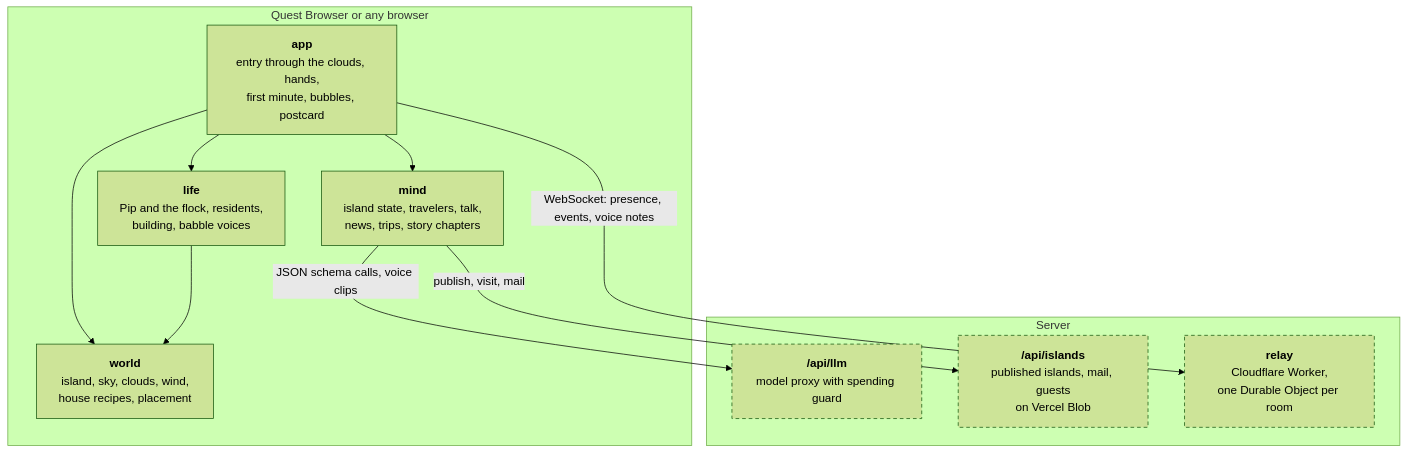
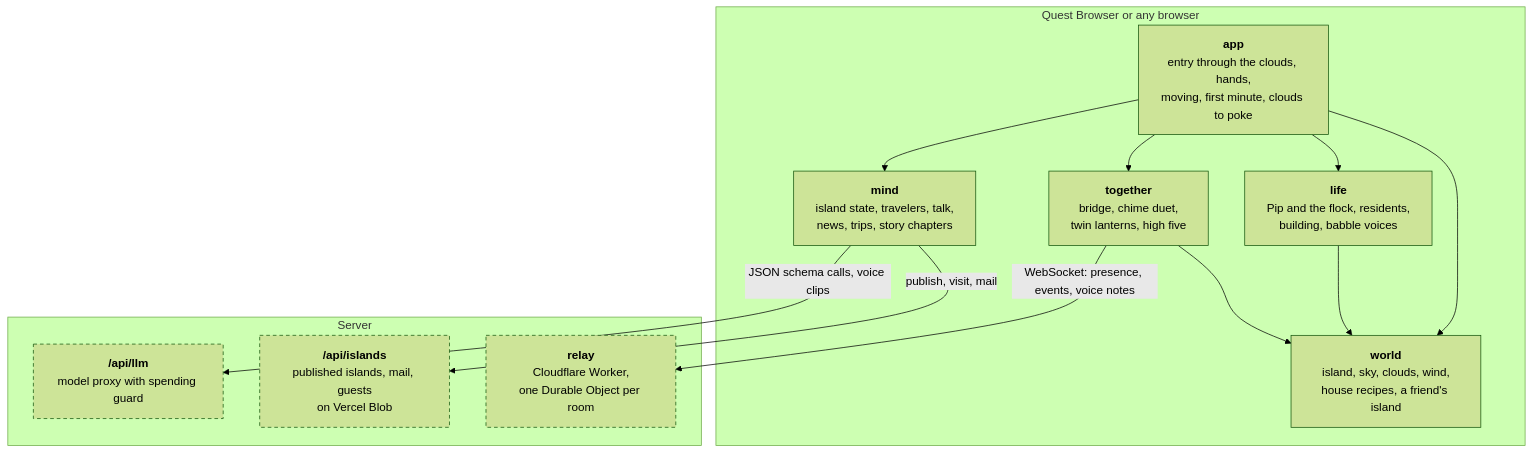
One commit to DarinaX2005X/wayfolk changed the diagram in README.md. Above: the diagram before and after it, drawn with Mermaid (forest theme). The commit also changed other lines of this file and 18 other files, not shown here.

````diff
--- a/README.md
+++ b/README.md
@@ -143,23 +172,26 @@
 ```mermaid
 flowchart TB
   subgraph Browser["Quest Browser or any browser"]
-    APP["<b>app</b><br/>entry through the clouds, hands,<br/>first minute, bubbles, postcard"]
-    WORLD["<b>world</b><br/>island, sky, clouds, wind,<br/>house recipes, placement"]
+    APP["<b>app</b><br/>entry through the clouds, hands,<br/>moving, first minute, clouds to poke"]
+    WORLD["<b>world</b><br/>island, sky, clouds, wind,<br/>house recipes, a friend's island"]
     LIFE["<b>life</b><br/>Pip and the flock, residents,<br/>building, babble voices"]
     MIND["<b>mind</b><br/>island state, travelers, talk,<br/>news, trips, story chapters"]
+    TOG["<b>together</b><br/>bridge, chime duet,<br/>twin lanterns, high five"]
     APP --> WORLD
     APP --> LIFE
     APP --> MIND
+    APP --> TOG
     LIFE --> WORLD
+    TOG --> WORLD
   end
   subgraph Server["Server"]
     LLM["<b>/api/llm</b><br/>model proxy with spending guard"]
     ISL["<b>/api/islands</b><br/>published islands, mail, guests<br/>on Vercel Blob"]
     RELAY["<b>relay</b><br/>Cloudflare Worker,<br/>one Durable Object per room"]
   end
   MIND -- "JSON schema calls, voice clips" --> LLM
   MIND -- "publish, visit, mail" --> ISL
-  APP -- "WebSocket: presence, events, voice notes" --> RELAY
+  TOG -- "WebSocket: presence, events, voice notes" --> RELAY
   classDef server stroke-dasharray: 5 4
   class LLM,ISL,RELAY server
 ```
````
